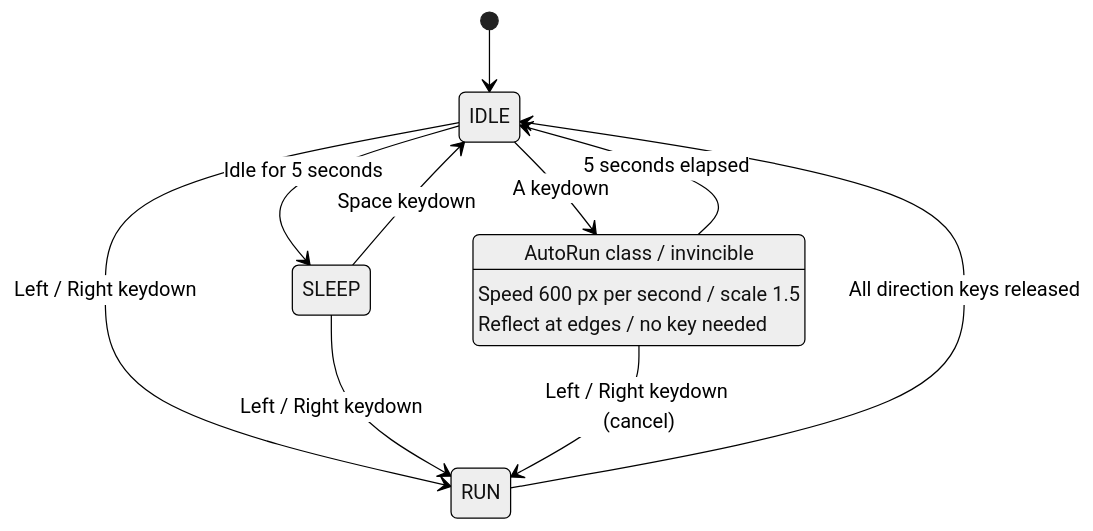
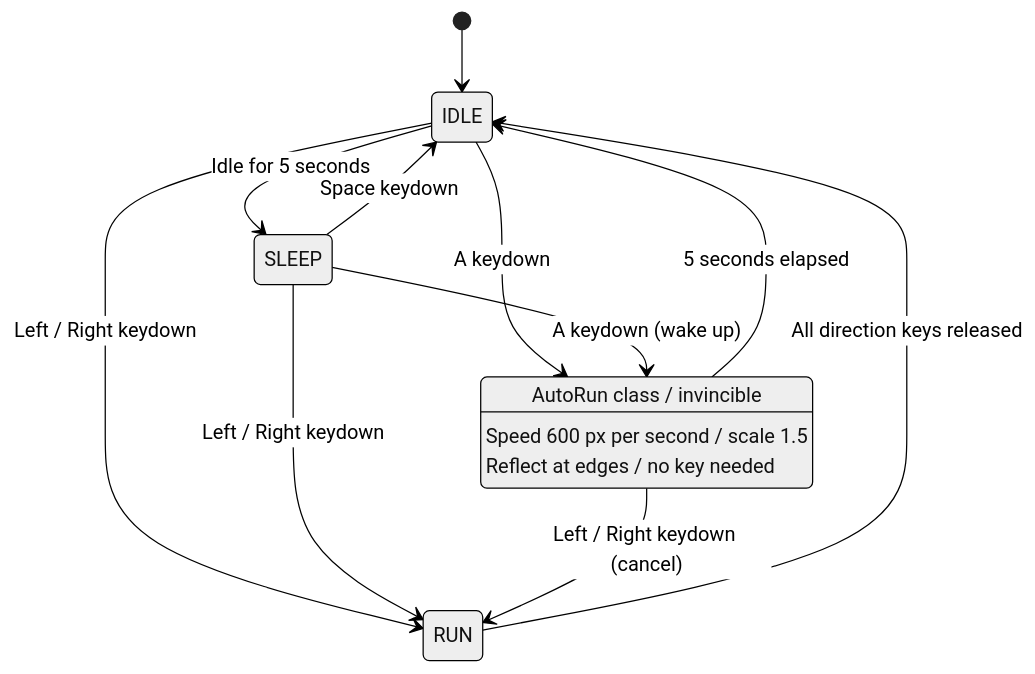
The diagram in state_diagram.mmd (junsuk1211/DRILL11), drawn with Mermaid (neutral theme) before and after one commit. The commit also changed 4 other files, not shown here.

```diff
--- a/state_diagram.mmd
+++ b/state_diagram.mmd
@@ -1,13 +1,14 @@
 stateDiagram-v2
     [*] --> IDLE
     IDLE --> RUN: Left / Right keydown
     RUN --> IDLE: All direction keys released
     IDLE --> SLEEP: Idle for 5 seconds
     SLEEP --> IDLE: Space keydown
     SLEEP --> RUN: Left / Right keydown
     IDLE --> AUTORUN: A keydown
+    SLEEP --> AUTORUN: A keydown (wake up)
     AUTORUN --> IDLE: 5 seconds elapsed
     AUTORUN --> RUN: Left / Right keydown (cancel)
     AUTORUN: AutoRun class / invincible
     AUTORUN: Speed 600 px per second / scale 1.5
     AUTORUN: Reflect at edges / no key needed
```
